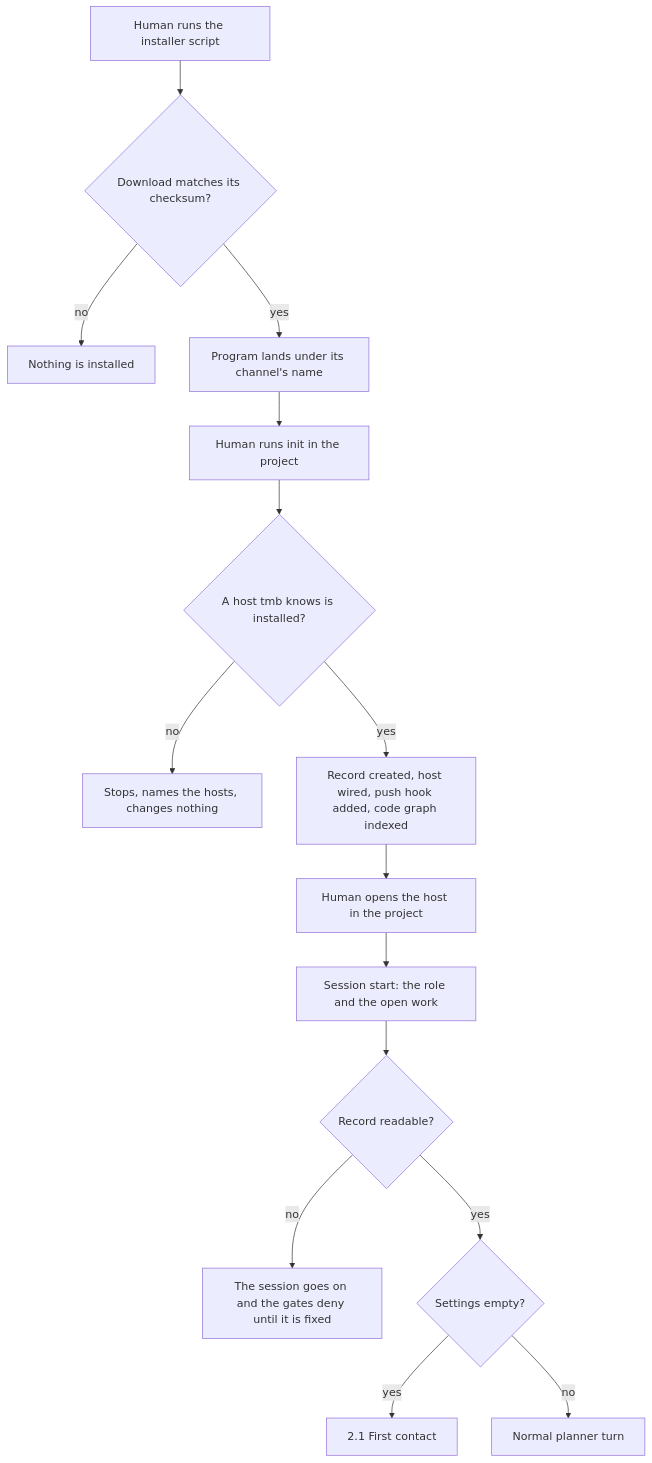
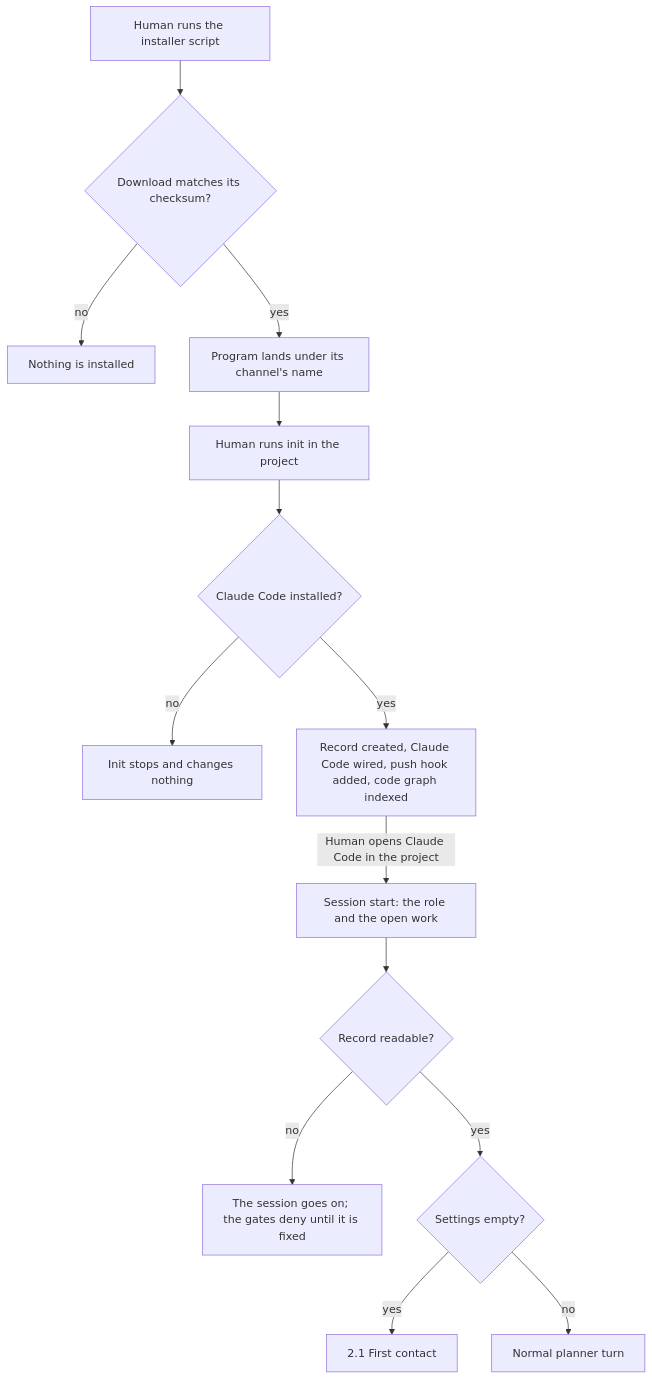
Before and after one commit to trustmybot/tmb: the first of 3 diagrams in docs/flows/1_INSTALL.md, drawn with Mermaid. The commit also changed other lines of this file and 14 other files, not shown here.

Commit message:
📝 docs: flows, adapters, engine, roles and release pages follow the template; several-hosts design removed

````diff
--- a/docs/flows/1_INSTALL.md
+++ b/docs/flows/1_INSTALL.md
@@ -5,17 +5,16 @@
 ```mermaid
 flowchart TD
-    A[Human runs the installer script] --> B{Download matches its checksum?}
-    B -- no --> X1[Nothing is installed]
-    B -- yes --> C[Program lands under its channel's name]
-    C --> D[Human runs init in the project]
-    D --> E{A host tmb knows is installed?}
-    E -- no --> X2[Stops, names the hosts, changes nothing]
-    E -- yes --> F[Record created, host wired, push hook added, code graph indexed]
-    F --> G[Human opens the host in the project]
-    G --> H[Session start: the role and the open work]
-    H --> I{Record readable?}
-    I -- no --> X3[The session goes on and the gates deny until it is fixed]
-    I -- yes --> J{Settings empty?}
-    J -- yes --> K[2.1 First contact]
-    J -- no --> L[Normal planner turn]
+    A["Human runs the installer script"] --> B{"Download matches its checksum?"}
+    B -- no --> X1["Nothing is installed"]
+    B -- yes --> C["Program lands under its channel's name"]
+    C --> D["Human runs init in the project"]
+    D --> E{"Claude Code installed?"}
+    E -- no --> X2["Init stops and changes nothing"]
+    E -- yes --> F["Record created, Claude Code wired, push hook added, code graph indexed"]
+    F -- "Human opens Claude Code in the project" --> H["Session start: the role and the open work"]
+    H --> I{"Record readable?"}
+    I -- no --> X3["The session goes on; the gates deny until it is fixed"]
+    I -- yes --> J{"Settings empty?"}
+    J -- yes --> K["2.1 First contact"]
+    J -- no --> L["Normal planner turn"]
 ```
````
